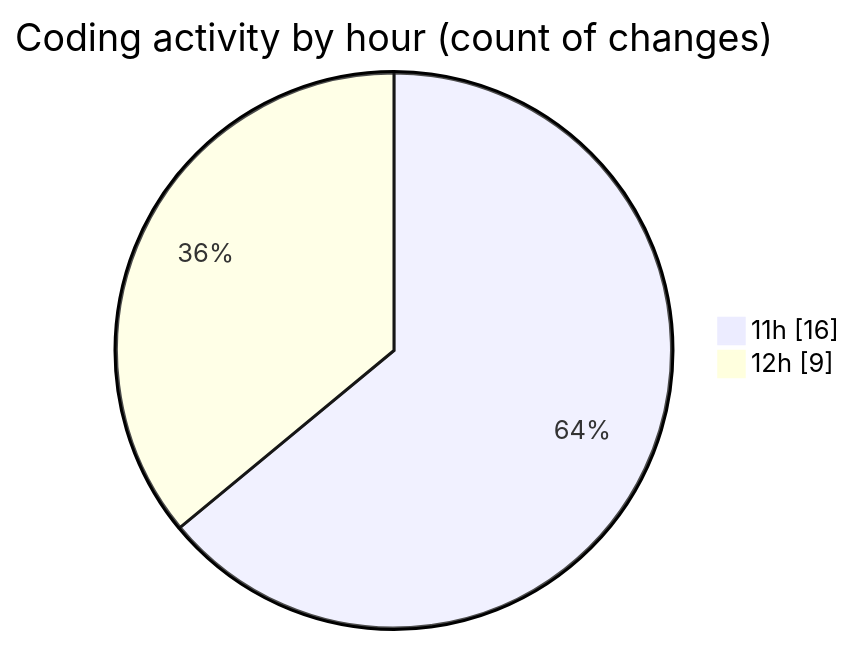
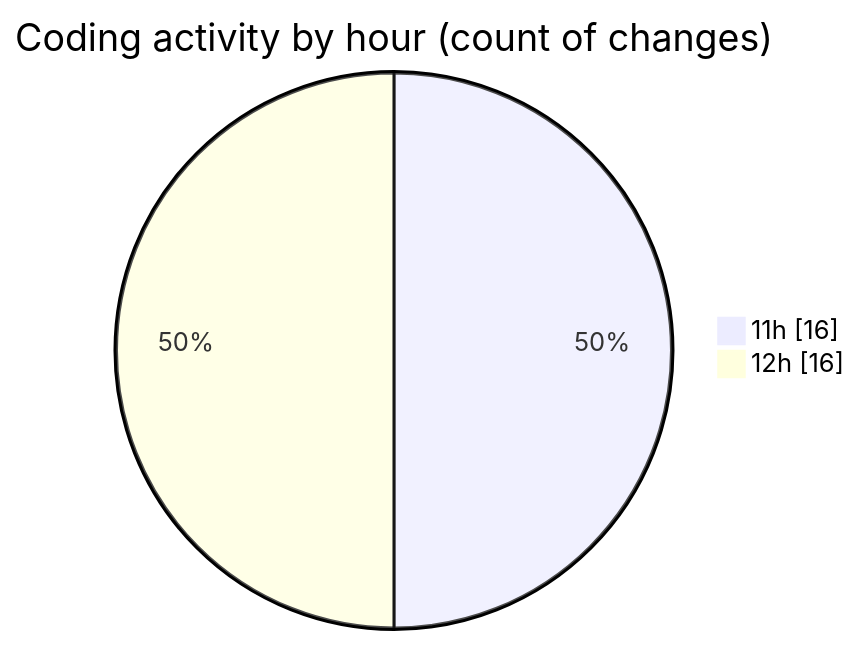
Before and after one commit to Netris89/code-tracking: the second of 2 diagrams in 2025-03-26/back-end/README.md, drawn with Mermaid. The commit also changed other lines of this file and 1 other file, not shown here.

````diff
--- a/2025-03-26/back-end/README.md
+++ b/2025-03-26/back-end/README.md
@@ -42,6 +43,6 @@
 ```mermaid
 pie showData
 title Coding activity by hour (count of changes)
 "11h" : 16
-"12h" : 9
+"12h" : 16
 ```
````
